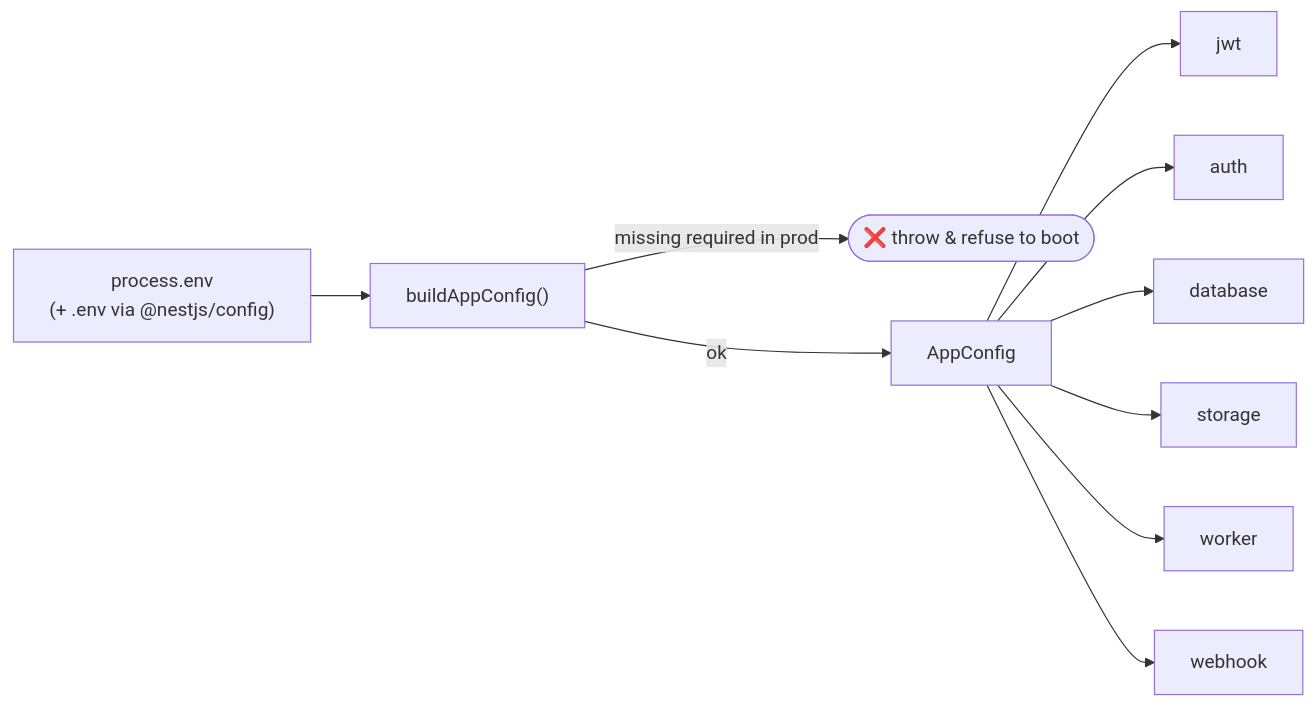
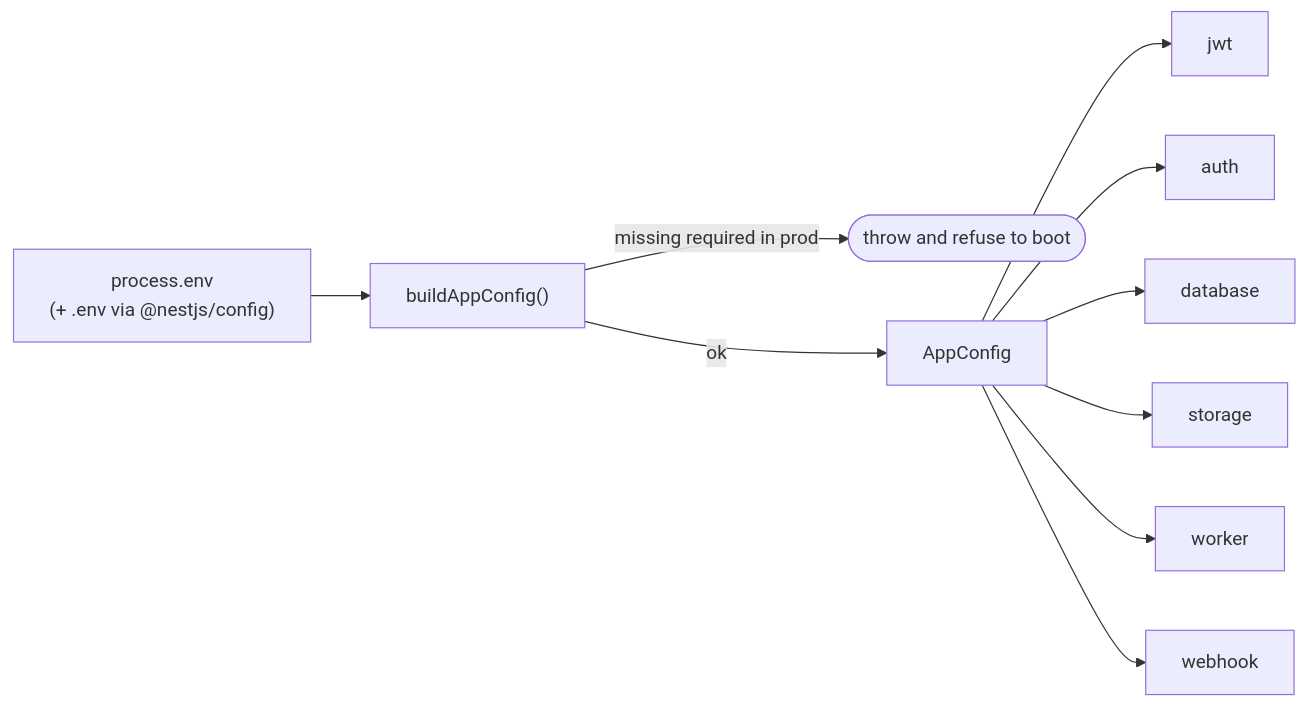
Before and after one commit to cubito1080/orcherstrator_wholeFoods: the first of 2 diagrams in docs/CONFIGURATION.md, drawn with Mermaid. The commit also changed other lines of this file and 9 other files, not shown here.

````diff
--- a/docs/CONFIGURATION.md
+++ b/docs/CONFIGURATION.md
@@ -15,12 +15,12 @@
 ```mermaid
 flowchart LR
     env["process.env<br/>(+ .env via @nestjs/config)"] --> build["buildAppConfig()"]
-    build -->|missing required in prod| fail([❌ throw & refuse to boot])
+    build -->|missing required in prod| fail(["throw and refuse to boot"])
     build -->|ok| cfg["AppConfig"]
     cfg --> g1["jwt"]
     cfg --> g2["auth"]
     cfg --> g3["database"]
     cfg --> g4["storage"]
     cfg --> g5["worker"]
     cfg --> g6["webhook"]
 ```
````
